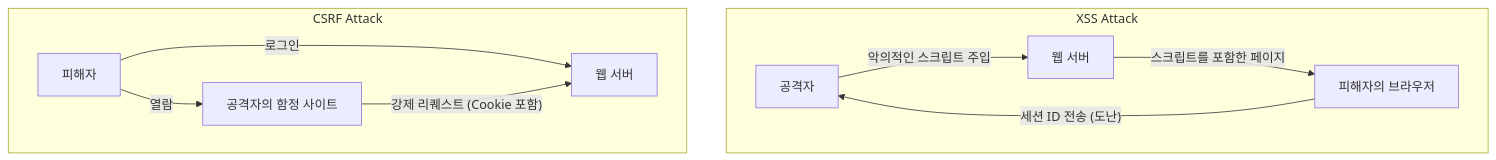
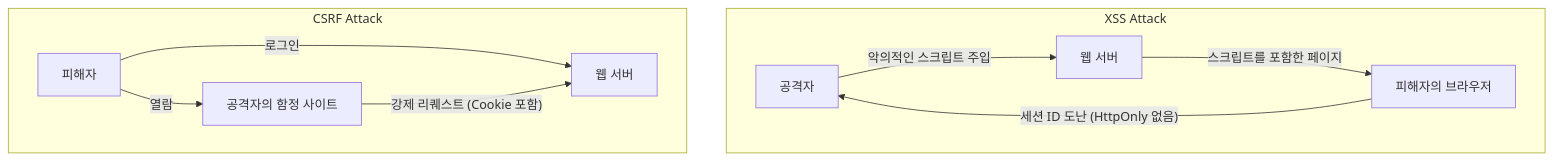
One commit to kenjinote/blog changed the diagram in content/post/cross-site-scripting-xss-csrf-security/index.ko.md. Above: the diagram before and after it, drawn with Mermaid. The commit also changed other lines of this file and 21 other files, not shown here.

````diff
--- a/content/post/cross-site-scripting-xss-csrf-security/index.ko.md
+++ b/content/post/cross-site-scripting-xss-csrf-security/index.ko.md
@@ -134,14 +137,14 @@
 ```mermaid
 graph TD
     subgraph XSS Attack
         A["공격자"] -- "악의적인 스크립트 주입" --> B["웹 서버"]
         B -- "스크립트를 포함한 페이지" --> C["피해자의 브라우저"]
-        C -- "세션 ID 전송 (도난)" --> A
+        C -- "세션 ID 도난 (HttpOnly 없음)" --> A
     end
 
     subgraph CSRF Attack
         D["피해자"] -- "로그인" --> E["웹 서버"]
         D -- "열람" --> F["공격자의 함정 사이트"]
         F -- "강제 리퀘스트 (Cookie 포함)" --> E
     end
 ```
````
